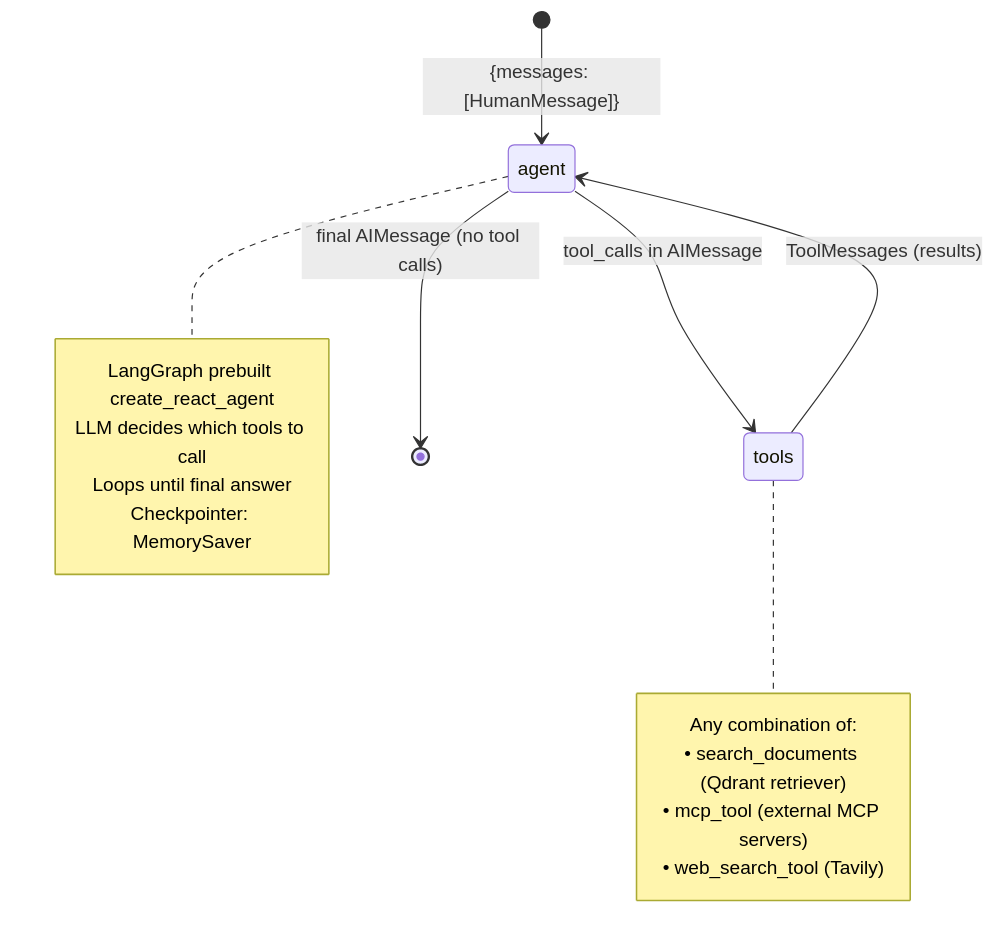
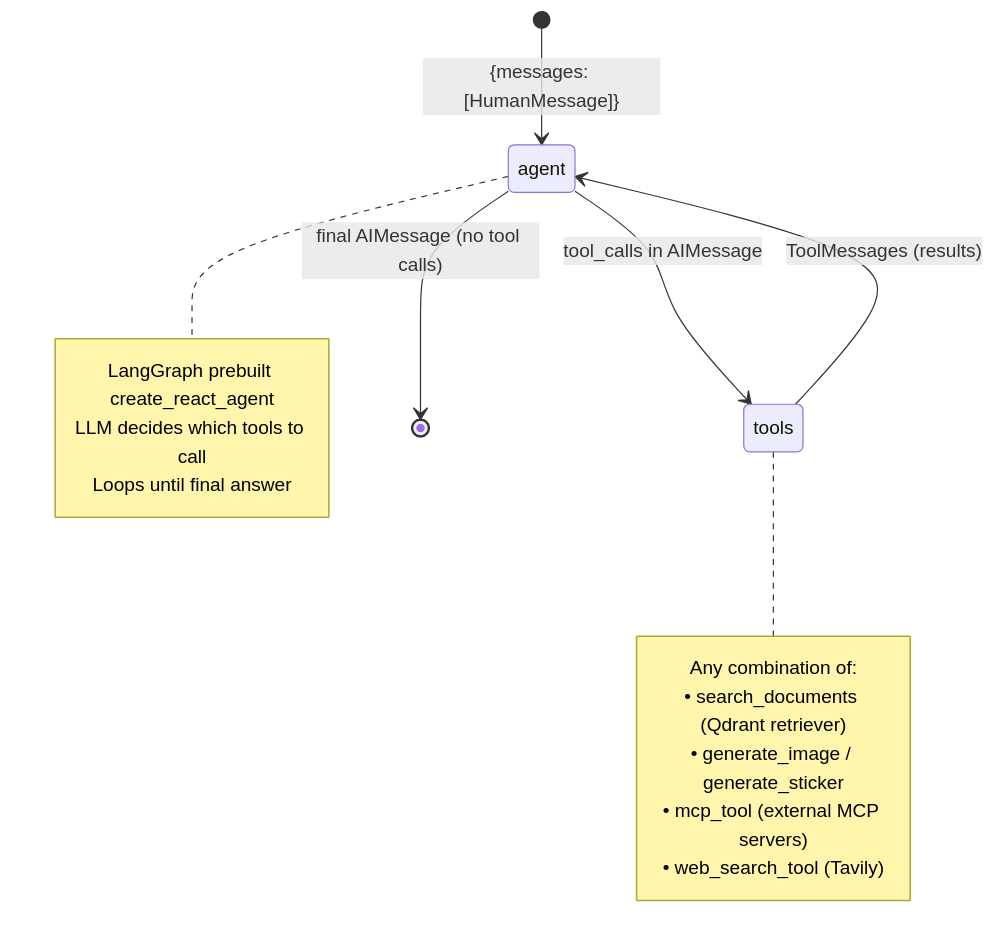
Before and after one commit to giasinguyen/chatly-messaging-platform: the ninth of 12 diagrams in chatly-agent/ARCHITECTURE.md, drawn with Mermaid. The commit also changed other lines of this file and 2 other files, not shown here.

Commit message:
feat: update documentation to reflect image generation capabilities and API key changes

````diff
--- a/chatly-agent/ARCHITECTURE.md
+++ b/chatly-agent/ARCHITECTURE.md
@@ -308,21 +298,21 @@
 ```mermaid
 stateDiagram-v2
     [*] --> agent : {messages: [HumanMessage]}
     agent --> tools : tool_calls in AIMessage
     tools --> agent : ToolMessages (results)
     agent --> [*] : final AIMessage (no tool calls)
 
     note right of agent
         LangGraph prebuilt create_react_agent
         LLM decides which tools to call
         Loops until final answer
-        Checkpointer: MemorySaver
     end note
 
     note right of tools
         Any combination of:
         • search_documents (Qdrant retriever)
+        • generate_image / generate_sticker
         • mcp_tool (external MCP servers)
         • web_search_tool (Tavily)
     end note
 ```
````
